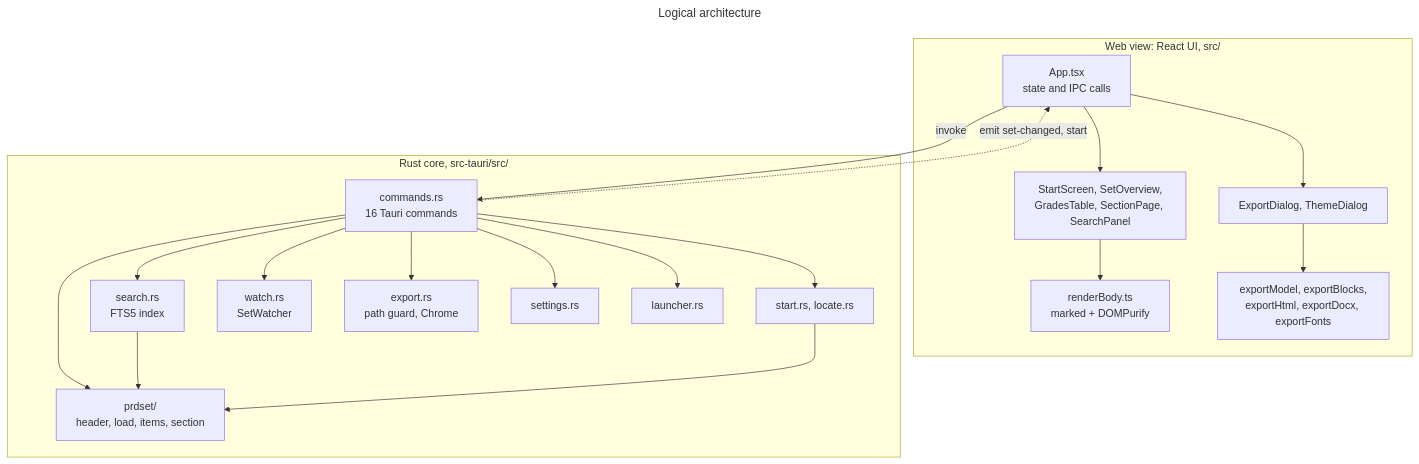
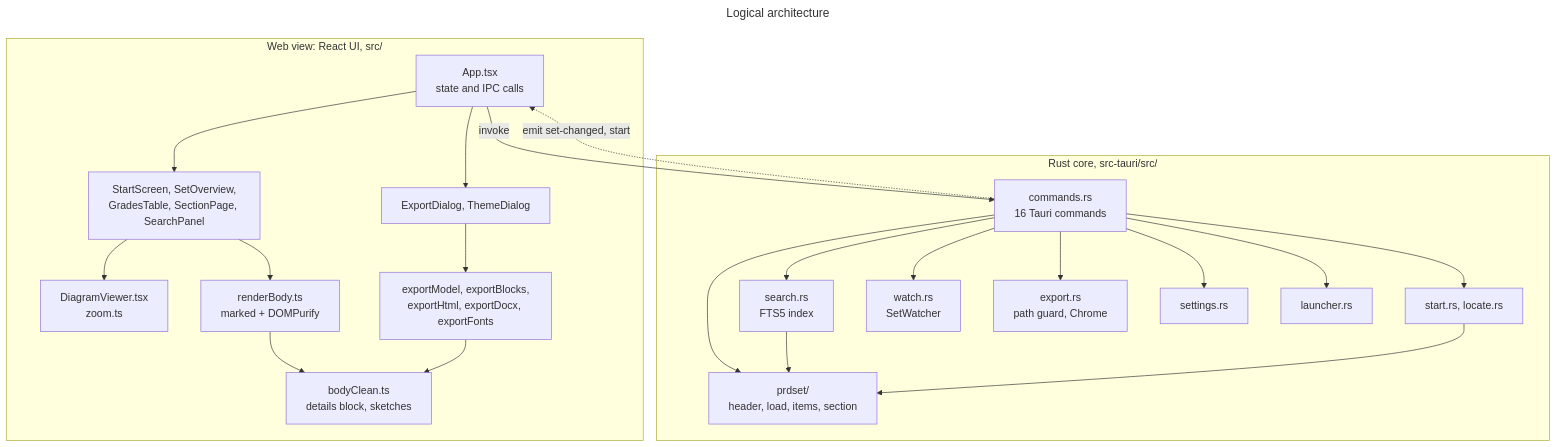
The second of 19 diagrams in docs/designs/current_design_doc.md (SpillwaveSolutions/prd-forge-viewer), drawn with Mermaid before and after one commit. The commit also changed other lines of this file and 8 other files, not shown here.

````diff
--- a/docs/designs/current_design_doc.md
+++ b/docs/designs/current_design_doc.md
@@ -185,38 +189,43 @@
 ```mermaid
 ---
 title: Logical architecture
 ---
 flowchart TB
     subgraph ui[Web view: React UI, src/]
         app[App.tsx<br/>state and IPC calls]
         views[StartScreen, SetOverview,<br/>GradesTable, SectionPage, SearchPanel]
         dialogs[ExportDialog, ThemeDialog]
+        diagram[DiagramViewer.tsx<br/>zoom.ts]
         render[renderBody.ts<br/>marked + DOMPurify]
+        clean[bodyClean.ts<br/>details block, sketches]
         exp[exportModel, exportBlocks,<br/>exportHtml, exportDocx, exportFonts]
     end
     subgraph core[Rust core, src-tauri/src/]
         cmd[commands.rs<br/>16 Tauri commands]
         start[start.rs, locate.rs]
         prd[prdset/<br/>header, load, items, section]
         search[search.rs<br/>FTS5 index]
         watch[watch.rs<br/>SetWatcher]
         export[export.rs<br/>path guard, Chrome]
         settings[settings.rs]
         launcher[launcher.rs]
     end
     app --> views
     app --> dialogs
     views --> render
+    views --> diagram
+    render --> clean
     dialogs --> exp
+    exp --> clean
     app -->|invoke| cmd
     cmd -.->|emit set-changed, start| app
     cmd --> start
     cmd --> prd
     cmd --> search
     cmd --> watch
     cmd --> export
     cmd --> settings
     cmd --> launcher
     search --> prd
     start --> prd
 ```
````
